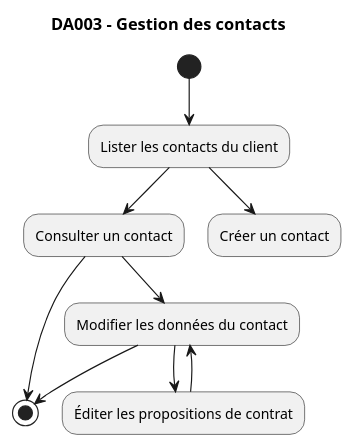
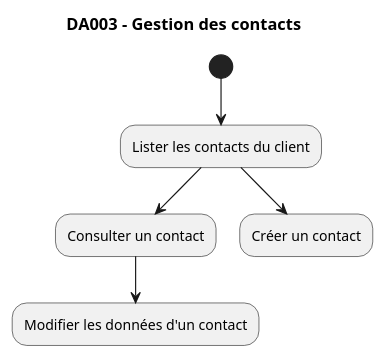
Before and after one commit to if-h4102/pld-mars: the diagram in CU003 - Gestion des contacts clients (Zone Relation Banque-Client)/DA003.puml, drawn with PlantUML. The commit also changed 4 other files, not shown here.

```diff
--- a/CU003 - Gestion des contacts clients (Zone Relation Banque-Client)/DA003.puml
+++ b/CU003 - Gestion des contacts clients (Zone Relation Banque-Client)/DA003.puml
@@ -1,16 +1,11 @@
 @startuml
 title DA003 - Gestion des contacts
 
 (*) --> "Lister les contacts du client" as listClient
 
 listClient --> "Consulter un contact" as consulter
 listClient --> "Créer un contact" as creer_contact
 
-consulter --> (*)
-consulter --> "Modifier les données du contact" as modifier
-
-modifier --> (*)
-modifier --> "Éditer les propositions de contrat" as propositions
-propositions --> modifier
+consulter --> "Modifier les données d'un contact" as modifier
 
 @enduml
```
